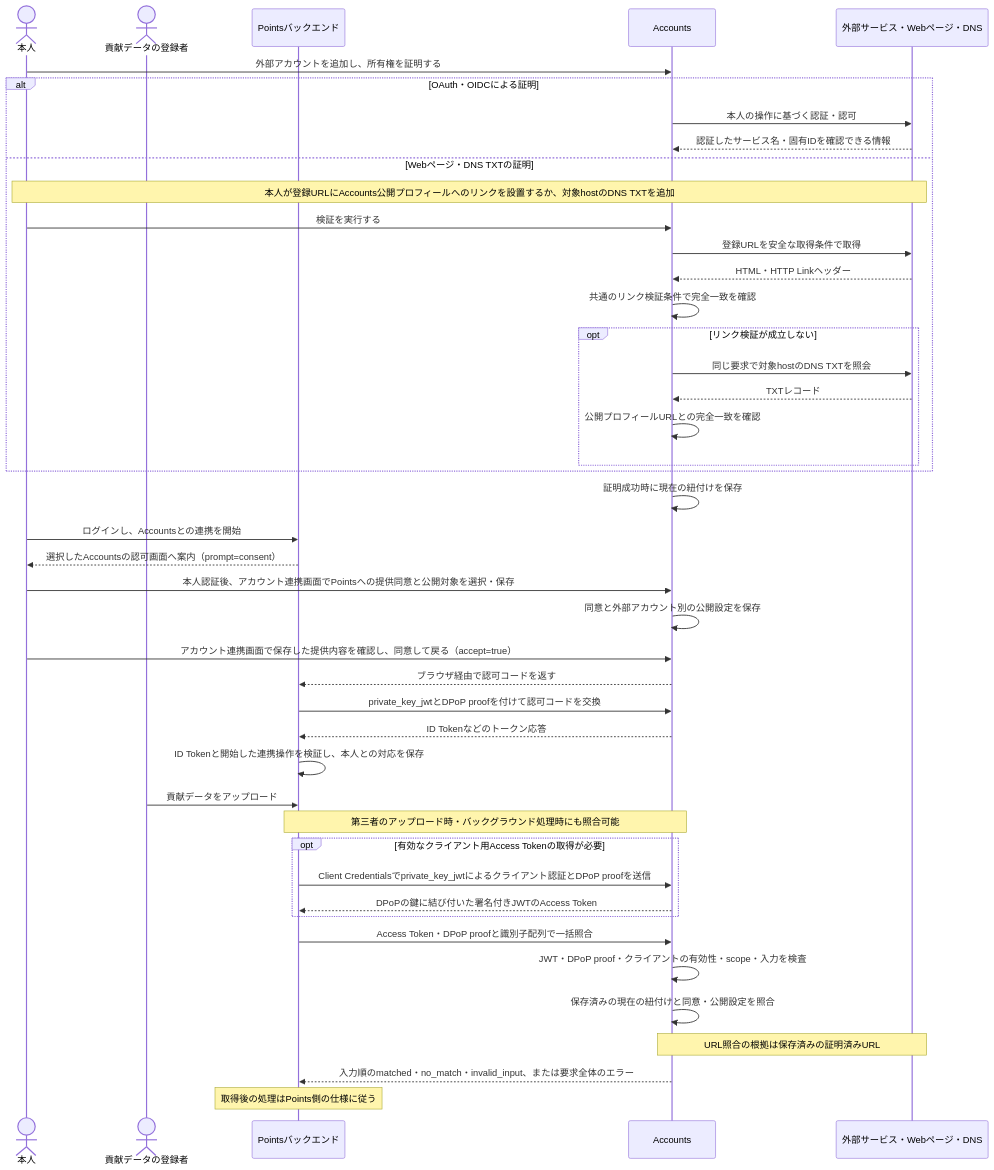
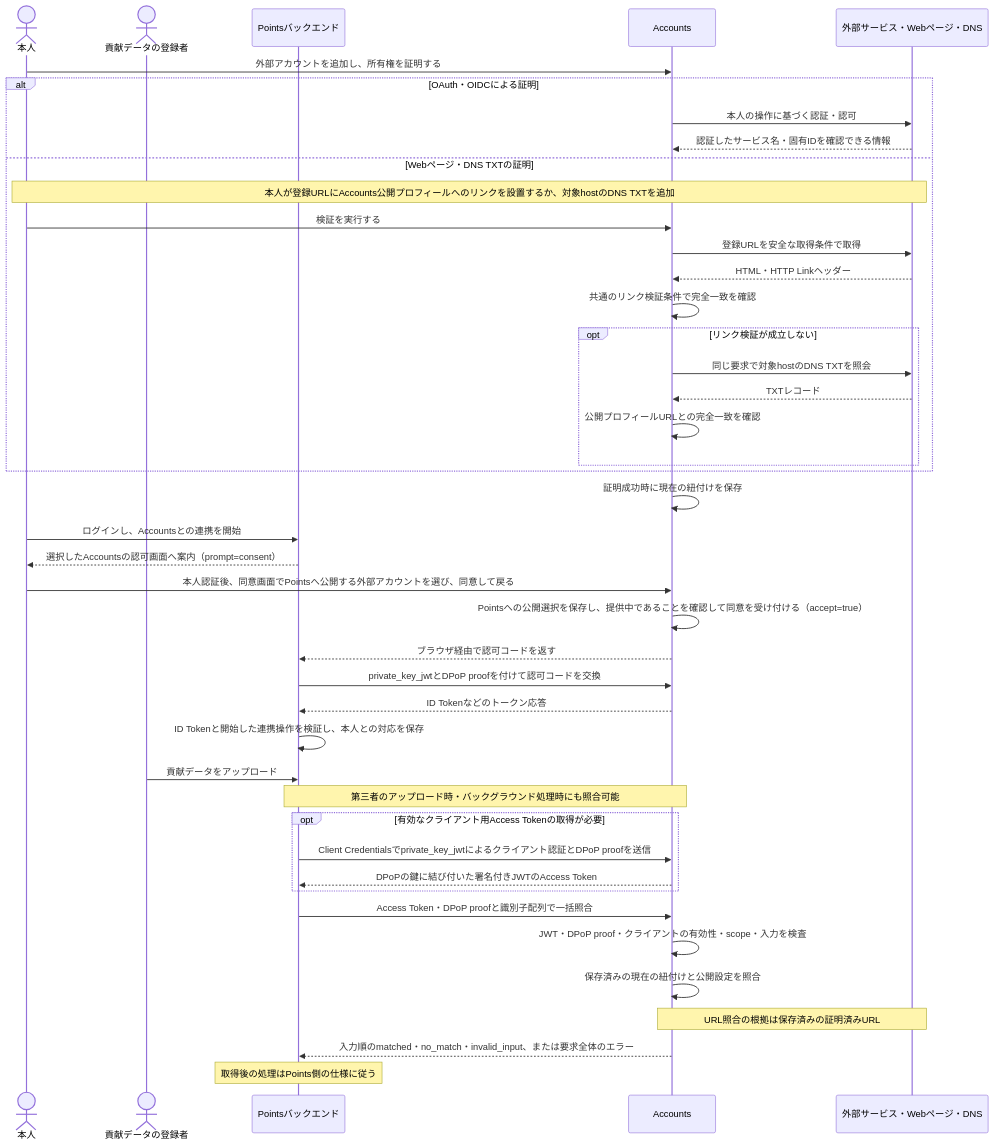
Before and after one commit to yuichisugio/freeism: the first of 2 diagrams in projects/accounts-web-app/docs/specification/v0.1/main.ja.md, drawn with Mermaid. The commit also changed other lines of this file and 111 other files, not shown here.

````diff
--- a/projects/accounts-web-app/docs/specification/v0.1/main.ja.md
+++ b/projects/accounts-web-app/docs/specification/v0.1/main.ja.md
@@ -506,49 +513,48 @@
 ```mermaid
 sequenceDiagram
     actor Owner as 本人
     actor Uploader as 貢献データの登録者
     participant Points as Pointsバックエンド
     participant Accounts as Accounts
     participant External as 外部サービス・Webページ・DNS
 
     Owner->>Accounts: 外部アカウントを追加し、所有権を証明する
     alt OAuth・OIDCによる証明
         Accounts->>External: 本人の操作に基づく認証・認可
         External-->>Accounts: 認証したサービス名・固有IDを確認できる情報
     else Webページ・DNS TXTの証明
         Note over Owner,External: 本人が登録URLにAccounts公開プロフィールへのリンクを設置するか、対象hostのDNS TXTを追加
         Owner->>Accounts: 検証を実行する
         Accounts->>External: 登録URLを安全な取得条件で取得
         External-->>Accounts: HTML・HTTP Linkヘッダー
         Accounts->>Accounts: 共通のリンク検証条件で完全一致を確認
         opt リンク検証が成立しない
             Accounts->>External: 同じ要求で対象hostのDNS TXTを照会
             External-->>Accounts: TXTレコード
             Accounts->>Accounts: 公開プロフィールURLとの完全一致を確認
         end
     end
     Accounts->>Accounts: 証明成功時に現在の紐付けを保存
 
     Owner->>Points: ログインし、Accountsとの連携を開始
     Points-->>Owner: 選択したAccountsの認可画面へ案内（prompt=consent）
-    Owner->>Accounts: 本人認証後、アカウント連携画面でPointsへの提供同意と公開対象を選択・保存
-    Accounts->>Accounts: 同意と外部アカウント別の公開設定を保存
-    Owner->>Accounts: アカウント連携画面で保存した提供内容を確認し、同意して戻る（accept=true）
+    Owner->>Accounts: 本人認証後、同意画面でPointsへ公開する外部アカウントを選び、同意して戻る
+    Accounts->>Accounts: Pointsへの公開選択を保存し、提供中であることを確認して同意を受け付ける（accept=true）
     Accounts-->>Points: ブラウザ経由で認可コードを返す
     Points->>Accounts: private_key_jwtとDPoP proofを付けて認可コードを交換
     Accounts-->>Points: ID Tokenなどのトークン応答
     Points->>Points: ID Tokenと開始した連携操作を検証し、本人との対応を保存
 
     Uploader->>Points: 貢献データをアップロード
     Note over Points,Accounts: 第三者のアップロード時・バックグラウンド処理時にも照合可能
     opt 有効なクライアント用Access Tokenの取得が必要
         Points->>Accounts: Client Credentialsでprivate_key_jwtによるクライアント認証とDPoP proofを送信
         Accounts-->>Points: DPoPの鍵に結び付いた署名付きJWTのAccess Token
     end
     Points->>Accounts: Access Token・DPoP proofと識別子配列で一括照合
     Accounts->>Accounts: JWT・DPoP proof・クライアントの有効性・scope・入力を検査
-    Accounts->>Accounts: 保存済みの現在の紐付けと同意・公開設定を照合
+    Accounts->>Accounts: 保存済みの現在の紐付けと公開設定を照合
     Note over Accounts,External: URL照合の根拠は保存済みの証明済みURL
     Accounts-->>Points: 入力順のmatched・no_match・invalid_input、または要求全体のエラー
     Note over Points: 取得後の処理はPoints側の仕様に従う
 ```
````
